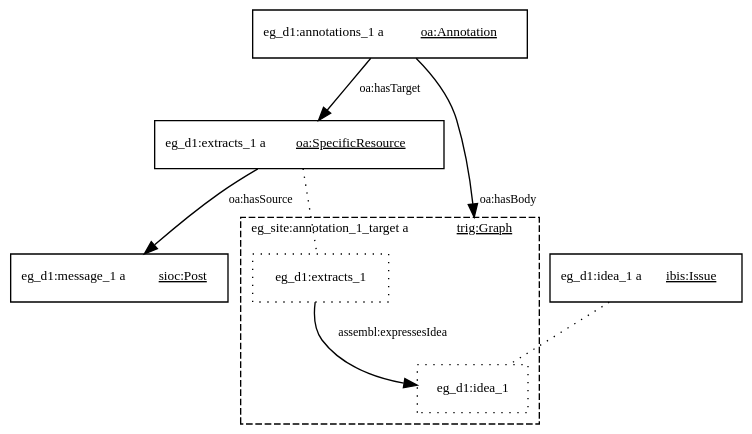
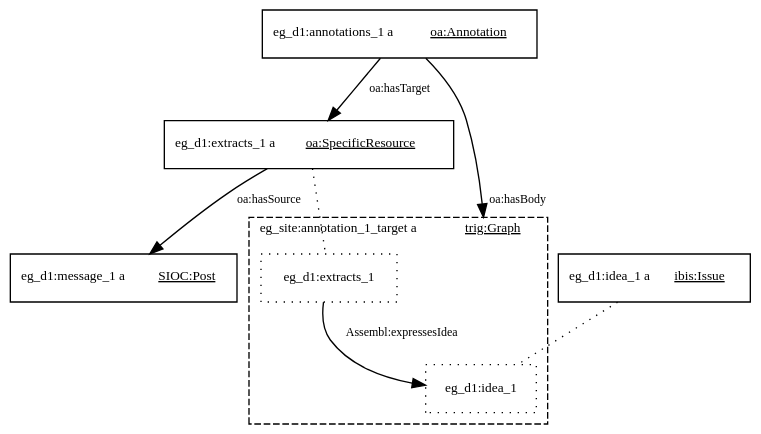
Diagram 11 of 16 in interoperability/interoperability.md (catalyst-fp7/documents), drawn with Graphviz before and after one commit. The commit also changed other lines of this file, not shown here.

````diff
--- a/interoperability/interoperability.md
+++ b/interoperability/interoperability.md
@@ -1177,23 +1175,23 @@
 ```graphviz 0.66
 digraph g {
     graph [bgcolor="transparent", rankdir="TB", compound="true"];
     node [fillcolor=white, style=filled,  shape=record, fontsize=10];
     edge [fontsize=9];
-    post1 [label=<eg_d1:message_1 a <U>sioc:Post</U>>];
+    post1 [label=<eg_d1:message_1 a <U>SIOC:Post</U>>];
     extract1 [label=<eg_d1:extracts_1 a <U>oa:SpecificResource</U>>];
     extract1->post1 [label="oa:hasSource"];
     annotation1 [label=<eg_d1:annotations_1 a <U>oa:Annotation</U>>];
     annotation1->extract1 [label="oa:hasTarget"];
     annotation1->idea1_alias [label="oa:hasBody", lhead="cluster_ann1"];
     subgraph cluster_ann1 {
         graph [bgcolor="transparent", rankdir="TB", compound="true", style="dashed",
             label=<eg_site:annotation_1_target a <U>trig:Graph</U>>, fontsize=10];
         idea1_alias [label="eg_d1:idea_1", style="dotted"];
         extract1_alias [label="eg_d1:extracts_1", style="dotted"];
-        extract1_alias -> idea1_alias [label="assembl:expressesIdea"];
+        extract1_alias -> idea1_alias [label="Assembl:expressesIdea"];
     }
     idea1->idea1_alias [style="dotted", arrowhead="none"];
     extract1->extract1_alias [style="dotted", arrowhead="none"];
     idea1 [label=<eg_d1:idea_1 a <U>ibis:Issue</U>>];
 }
 ```
````
